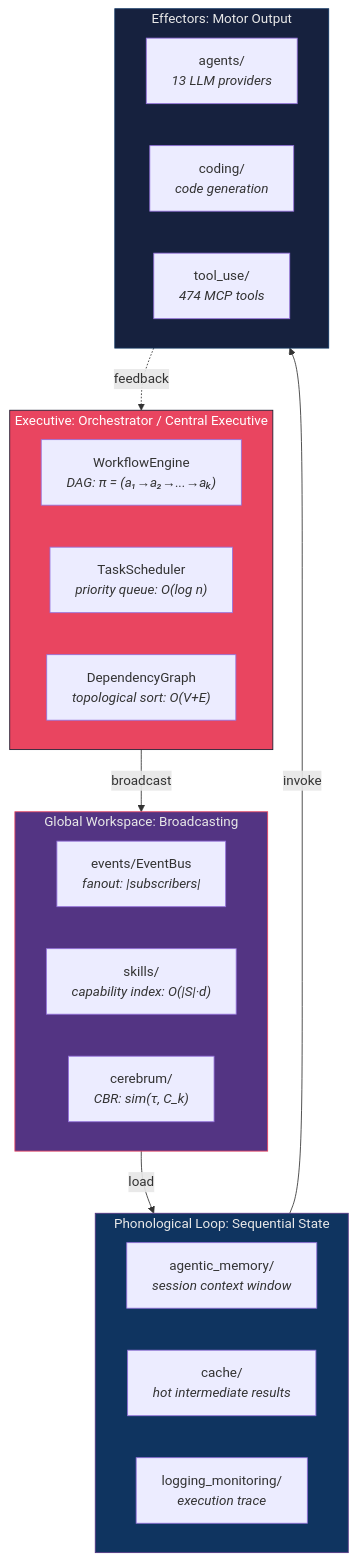
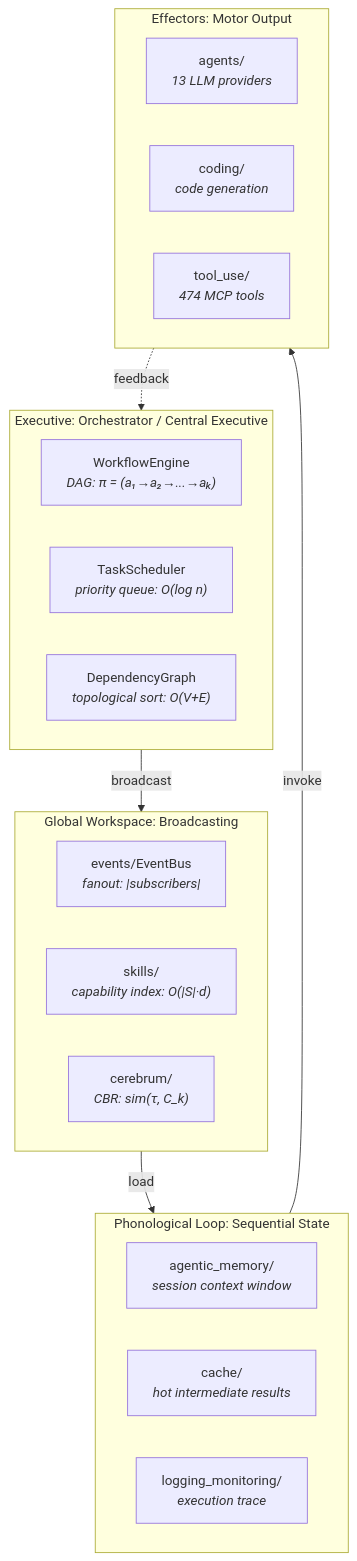
Before and after one commit to docxology/codomyrmex: the first of 2 diagrams in docs/agi/orchestration_as_cognition.md, drawn with Mermaid. The commit also changed other lines of this file and 86 other files, not shown here.

````diff
--- a/docs/agi/orchestration_as_cognition.md
+++ b/docs/agi/orchestration_as_cognition.md
@@ -13,36 +13,31 @@
 ```mermaid
 graph TB
     subgraph EXECUTIVE["Executive: Orchestrator / Central Executive"]
         WE["WorkflowEngine<br/><i>DAG: π = (a₁→a₂→...→aₖ)</i>"]
         TS["TaskScheduler<br/><i>priority queue: O(log n)</i>"]
         DG["DependencyGraph<br/><i>topological sort: O(V+E)</i>"]
     end
 
     subgraph WORKSPACE["Global Workspace: Broadcasting"]
         EVENTS["events/EventBus<br/><i>fanout: |subscribers|</i>"]
         SKILLS["skills/<br/><i>capability index: O(|S|·d)</i>"]
         CEREB["cerebrum/<br/><i>CBR: sim(τ, C_k)</i>"]
     end
 
     subgraph PHONOLOGICAL["Phonological Loop: Sequential State"]
         AMEM["agentic_memory/<br/><i>session context window</i>"]
         CACHE["cache/<br/><i>hot intermediate results</i>"]
         LOG["logging_monitoring/<br/><i>execution trace</i>"]
     end
 
     subgraph EFFECTORS["Effectors: Motor Output"]
         AGENTS["agents/<br/><i>13 LLM providers</i>"]
         CODING["coding/<br/><i>code generation</i>"]
         TOOLS["tool_use/<br/><i>474 MCP tools</i>"]
     end
 
     EXECUTIVE -->|"broadcast"| WORKSPACE
     WORKSPACE -->|"load"| PHONOLOGICAL
     PHONOLOGICAL -->|"invoke"| EFFECTORS
     EFFECTORS -.->|"feedback"| EXECUTIVE
-
-    style EXECUTIVE fill:#e94560,stroke:#1a1a2e,color:#fff
-    style WORKSPACE fill:#533483,stroke:#e94560,color:#e8e8e8
-    style PHONOLOGICAL fill:#0f3460,stroke:#533483,color:#e8e8e8
-    style EFFECTORS fill:#16213e,stroke:#0f3460,color:#e8e8e8
 ```
````
